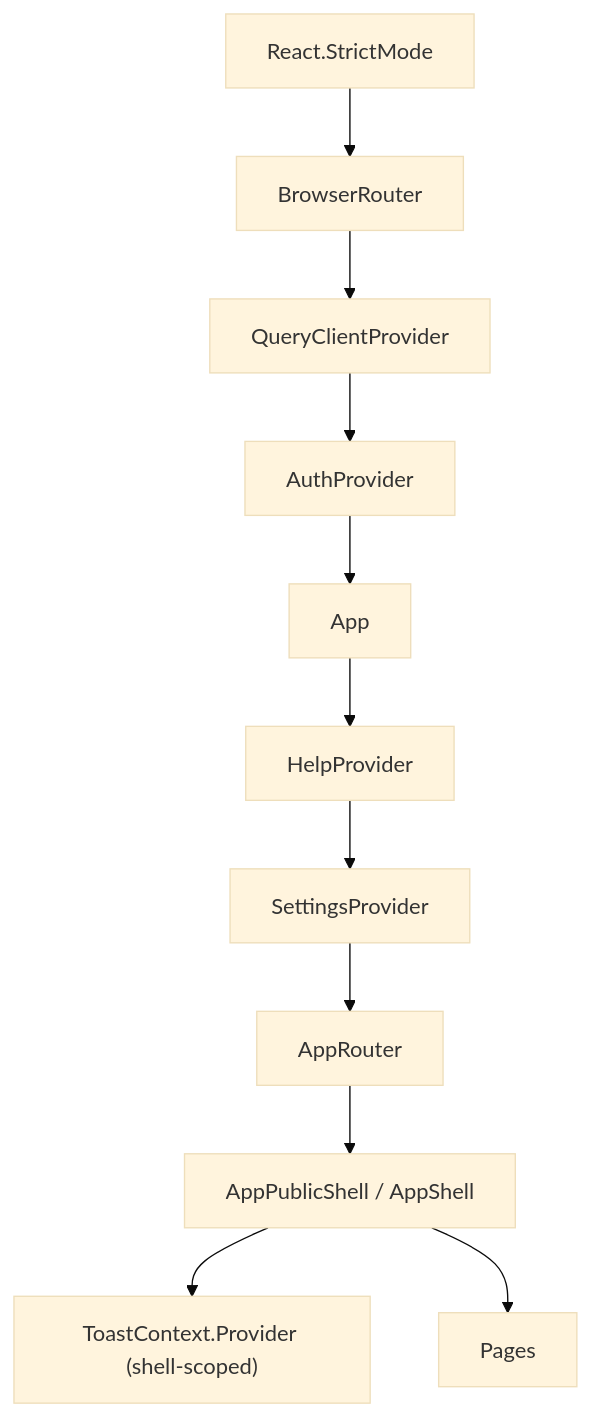
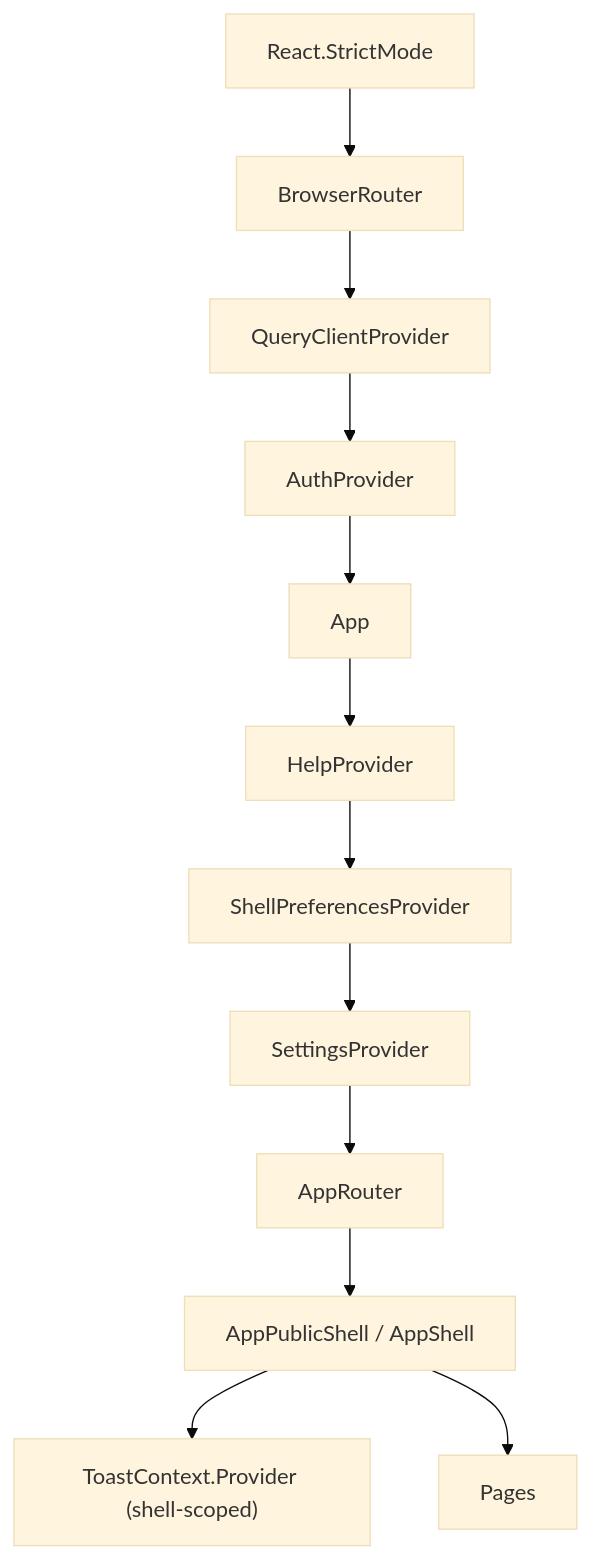
Before and after one commit to Keglev/inventory-service: the first of 2 diagrams in docs/frontend/architecture/08-concepts.md, drawn with Mermaid (base theme). The commit also changed other lines of this file and 17 other files, not shown here.

````diff
--- a/docs/frontend/architecture/08-concepts.md
+++ b/docs/frontend/architecture/08-concepts.md
@@ -37,13 +38,14 @@
 ```mermaid
 graph TB
   Strict["React.StrictMode"] --> BR["BrowserRouter"]
   BR --> QC["QueryClientProvider"]
   QC --> Auth["AuthProvider"]
   Auth --> App["App"]
   App --> Help["HelpProvider"]
-  Help --> Settings["SettingsProvider"]
+  Help --> Prefs["ShellPreferencesProvider"]
+  Prefs --> Settings["SettingsProvider"]
   Settings --> Router["AppRouter"]
   Router --> Shells["AppPublicShell / AppShell"]
   Shells --> Toast["ToastContext.Provider (shell-scoped)"]
   Shells --> Pages["Pages"]
 ```
````
